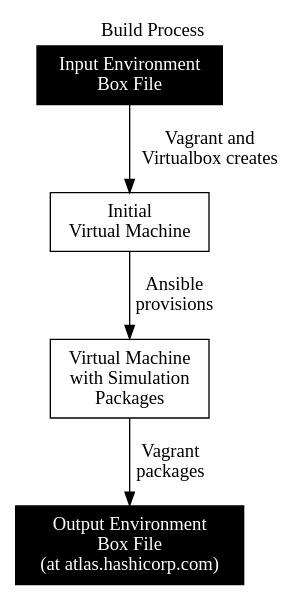
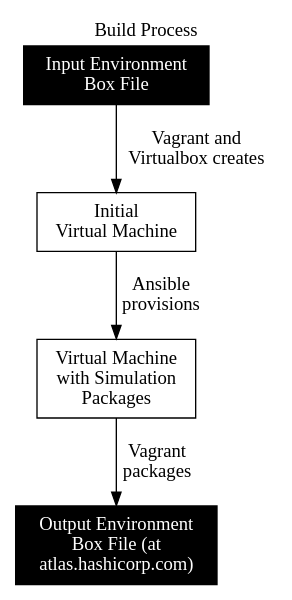
The diagram in docs/images/graphs/vm_build.dot (computationalmodelling/virtualmicromagnetics), drawn with Graphviz before and after one commit. The commit also changed 3 other files, not shown here.

Commit message:
DOC-047: Update graph files.

```diff
--- a/docs/images/graphs/vm_build.dot
+++ b/docs/images/graphs/vm_build.dot
@@ -1,24 +1,24 @@
 digraph "build-process" {
     margin=0
 
     // Add title
     fontname="verdana bold"
     labelloc = "t"
     label = "Build Process"
 
     // Define nodes and style
     node [fillcolor=black, fontcolor=white, fontname="verdana",
           margin="0.1, 0.1", rankdir="UD", shape=rect, style=filled]
     a [label="Input Environment\nBox File"]
     b [label="Initial\nVirtual Machine",
        fillcolor=white fontcolor=black]
     c [label="Virtual Machine\nwith Simulation\nPackages",
        fillcolor=white fontcolor=black]
-    d [label="Output Environment\nBox File\n(at atlas.hashicorp.com)"]
+    d [label="Output Environment\nBox File (at\natlas.hashicorp.com)"]
 
     // Define edges and style
     edge [fontname="verdana"]
     a -> b [label="Vagrant and\nVirtualbox creates"]
     b -> c [label="Ansible\nprovisions"]
     c -> d [label="Vagrant\npackages"]
 }
```
